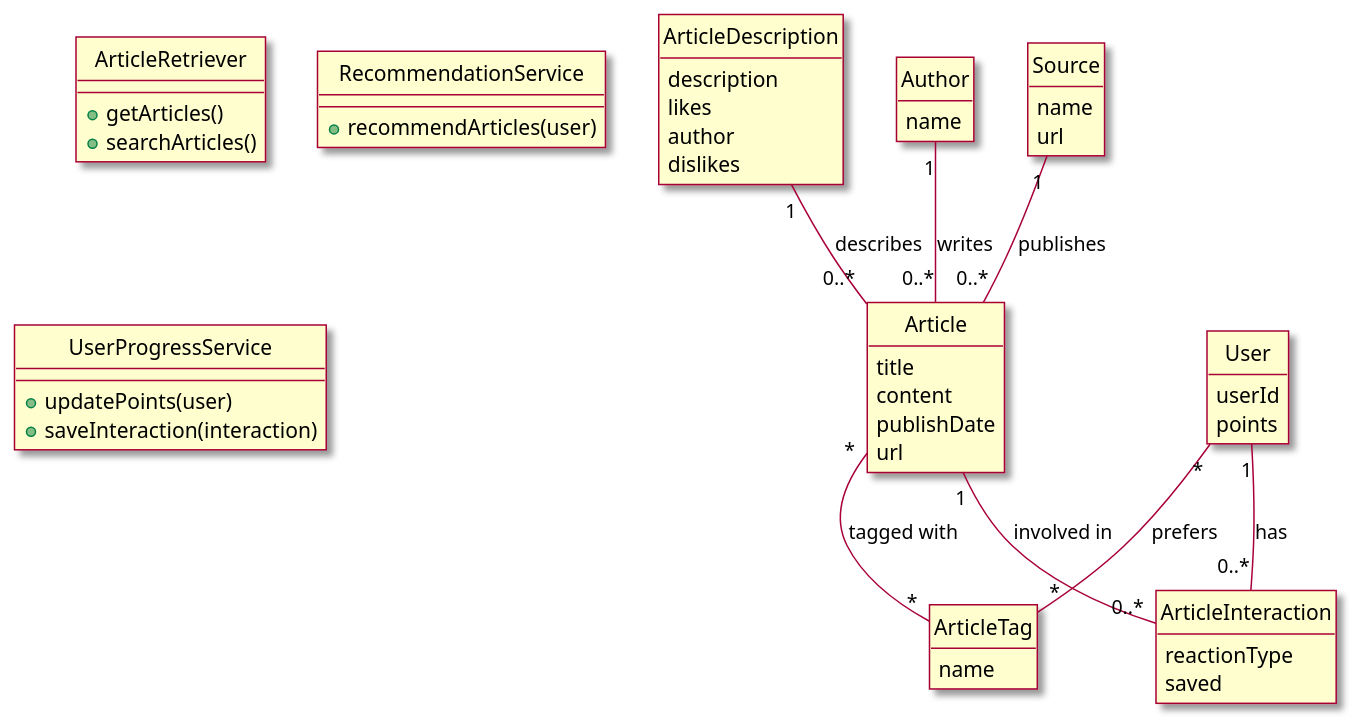
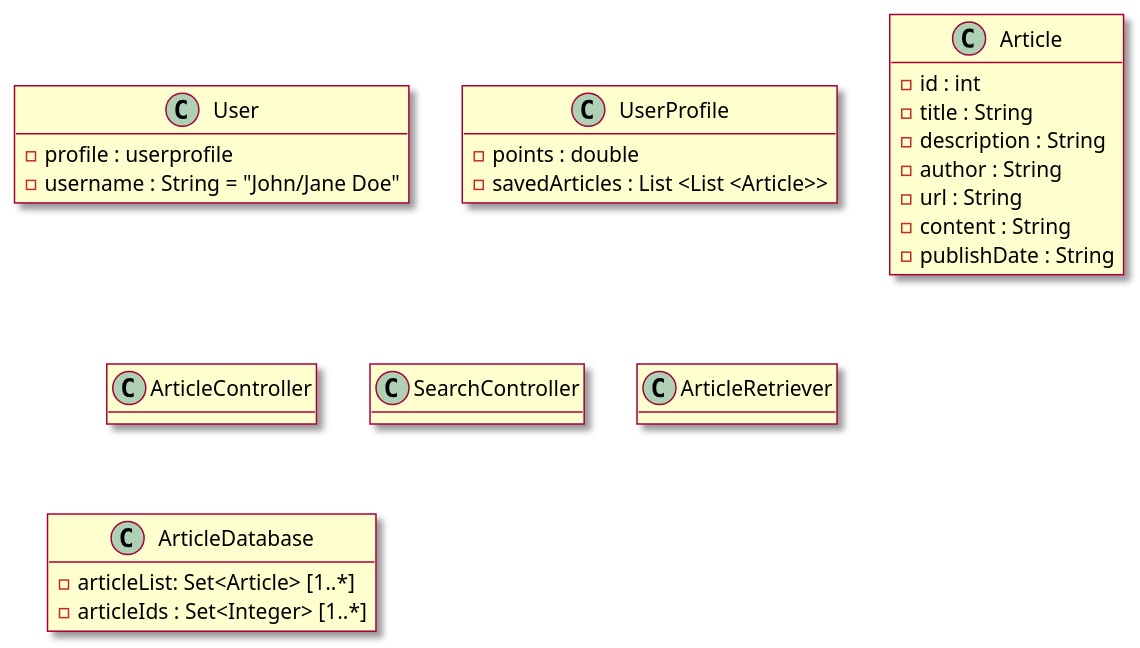
One commit to owhitleym-ui/EcoScoop changed the diagram in intellij/doc/class-diagram.md. Above: the diagram before and after it, drawn with PlantUML. The commit also changed other lines of this file and 2 other files, not shown here.

Commit message:
Worked on Class Diagram

````diff
--- a/intellij/doc/class-diagram.md
+++ b/intellij/doc/class-diagram.md
@@ -1,75 +1,47 @@
 ```plantuml
 @startuml
 skin rose
-hide circle
 hide empty methods
 
+'skinparam classAttributeIconSize 0
+
 'classes
-class ArticleDescription{
-    description
-    likes
-    author
-    dislikes
+
+class User{
+- profile : userprofile
+- username : String = "John/Jane Doe"
 }
 
-class Article{
-    title
-    content
-    publishDate
-    url
+class UserProfile {
+- points : double
+- savedArticles : List <List <Article>>
 }
 
-class ArticleTag{
-    name
+class Article {
+- id : int
+- title : String
+- description : String
+- author : String
+- url : String
+- content : String
+- publishDate : String
 }
 
-class Author{
-    name
+class ArticleController{
+
 }
 
-class Source{
-    name
-    url
+class SearchController{
+
 }
 
-class User{
-   userId
-   points
+class ArticleRetriever{
 }
 
-class ArticleInteraction{
-    reactionType
-    saved
+class ArticleDatabase{
+- articleList: Set<Article> [1..*]
+- articleIds : Set<Integer> [1..*]
 }
-
-class ArticleRetriever {
-  +getArticles()
-  +searchArticles()
-}
-
-class RecommendationService {
-  +recommendArticles(user)
-}
-
-class UserProgressService {
-  +updatePoints(user)
-  +saveInteraction(interaction)
-}
-
-
-' associations 
-ArticleDescription "1" -- "0..*" Article : describes
-Author "1" -- "0..*" Article : writes
-Source "1" -- "0..*" Article : publishes
-
-Article "*" -- "*" ArticleTag : tagged with
-
-User "1" -- "0..*" ArticleInteraction : has
-Article "1" -- "0..*" ArticleInteraction : involved in
-
-User "*" -- "*" ArticleTag : prefers
-
-'Systems
 
 @enduml
 ```
````
